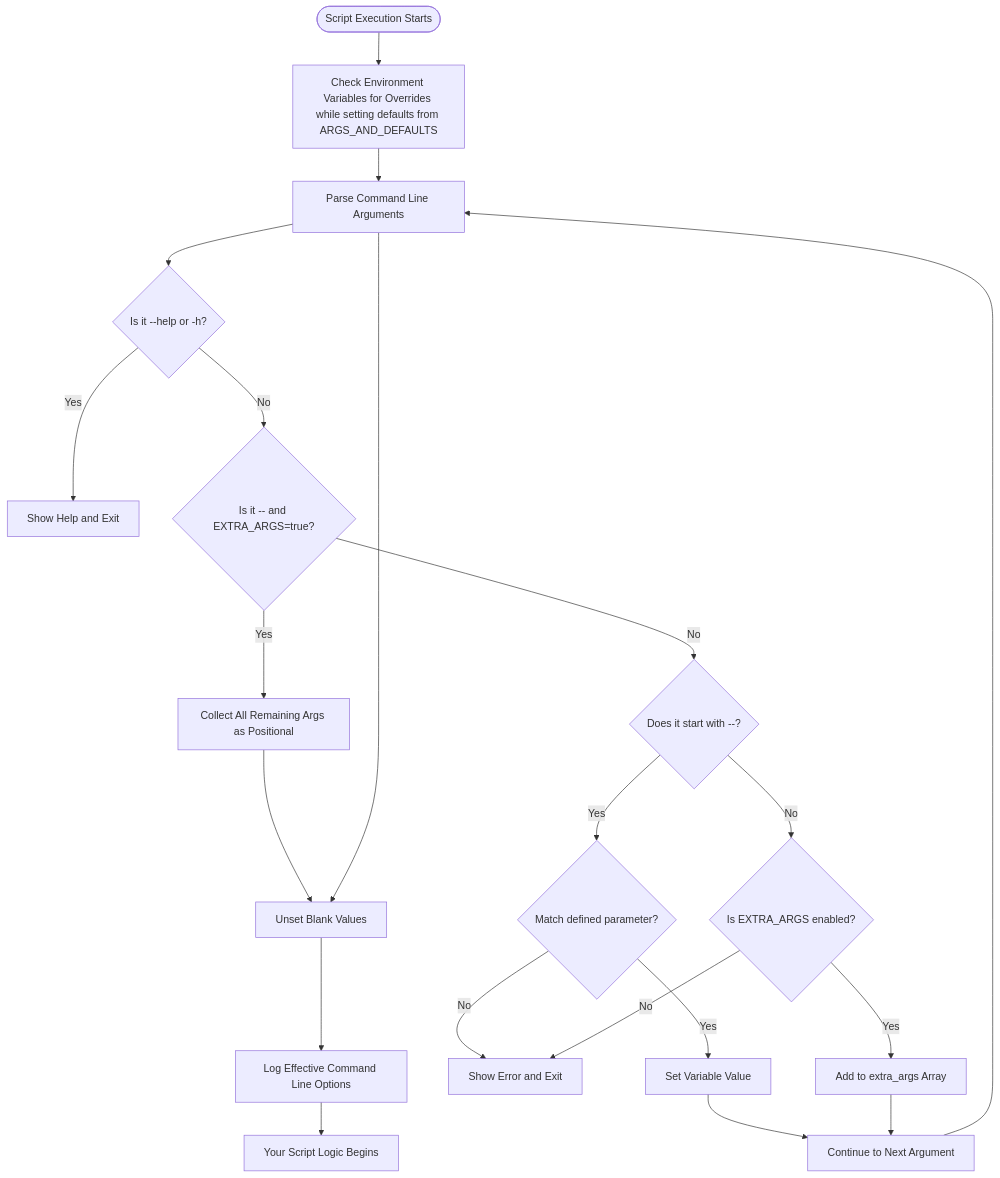
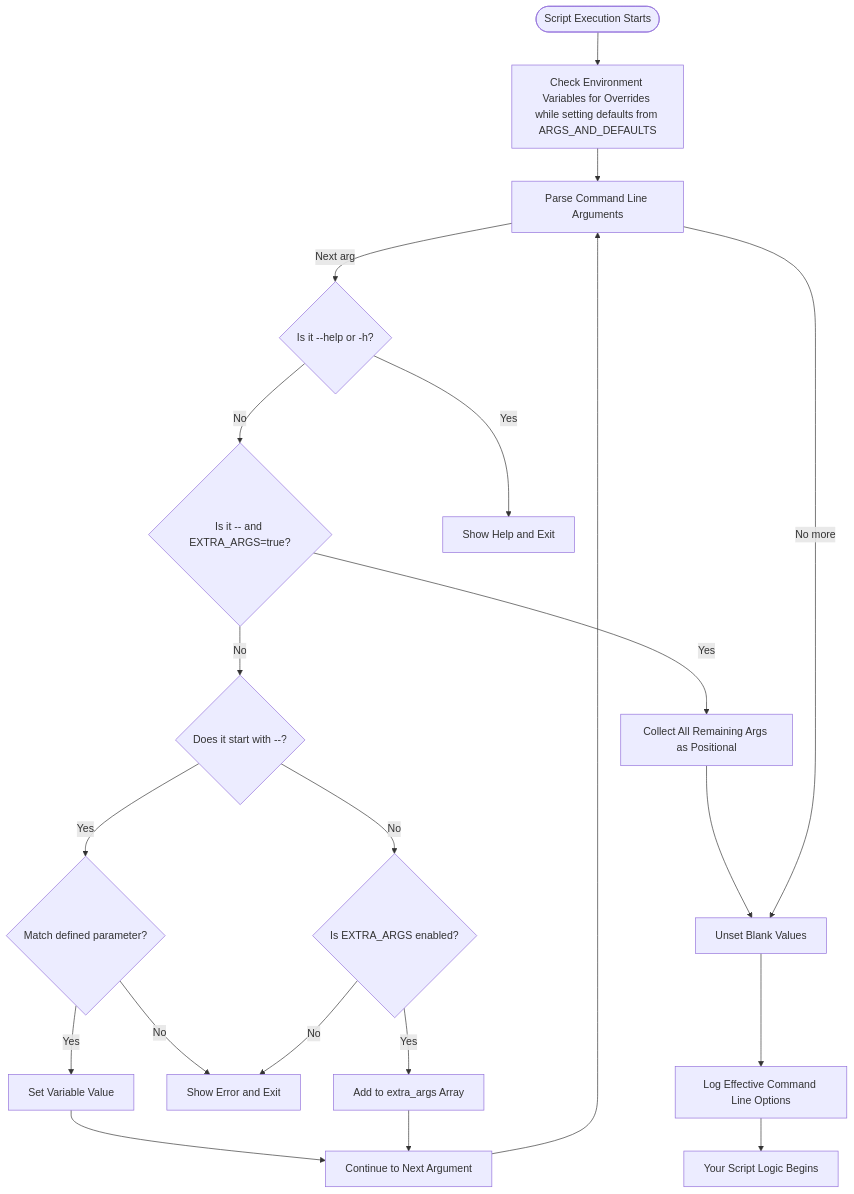
One commit to MichaelSinz/ArguBash changed the diagram in README.md. Above: the diagram before and after it, drawn with Mermaid. The commit also changed other lines of this file, not shown here.

````diff
--- a/README.md
+++ b/README.md
@@ -478,32 +476,36 @@
 ```mermaid
 flowchart TD
     Start([Script Execution Starts]) -->
     EnvVars[Check Environment Variables for Overrides while setting defaults from ARGS_AND_DEFAULTS]
     EnvVars --> ParseArgs[Parse Command Line Arguments]
 
-    ParseArgs --> IsHelp{Is it --help or -h?}
-    IsHelp -->|Yes| ShowHelp[Show Help and Exit]
+    ParseArgs -->|Next arg| IsHelp{Is it --help or -h?}
 
     IsHelp -->|No| IsDelimiter{Is it -- and EXTRA_ARGS=true?}
-    IsDelimiter -->|Yes| CollectRest[Collect All Remaining Args as Positional]
 
     IsDelimiter -->|No| IsOption{Does it start with --?}
 
     IsOption -->|Yes| MatchParam{Match defined parameter?}
     MatchParam -->|Yes| SetValue[Set Variable Value]
     SetValue --> NextArg[Continue to Next Argument]
-    NextArg --> ParseArgs
 
     MatchParam -->|No| ShowError[Show Error and Exit]
+
+    IsDelimiter -->|Yes| CollectRest[Collect All Remaining Args as Positional]
 
     IsOption -->|No| ExtraEnabled{Is EXTRA_ARGS enabled?}
     ExtraEnabled -->|Yes| AddPositional[Add to extra_args Array]
     ExtraEnabled -->|No| ShowError
 
     AddPositional --> NextArg
     CollectRest --> FinalSteps
 
-    ParseArgs --> FinalSteps[Unset Blank Values]
+    NextArg --> ParseArgs
+
+    ParseArgs -->|No more| FinalSteps[Unset Blank Values]
     FinalSteps --> LogEffective[Log Effective Command Line Options]
     LogEffective --> ScriptLogic[Your Script Logic Begins]
+
+    IsHelp -->|Yes| ShowHelp[Show Help and Exit]
+
 ```
````
